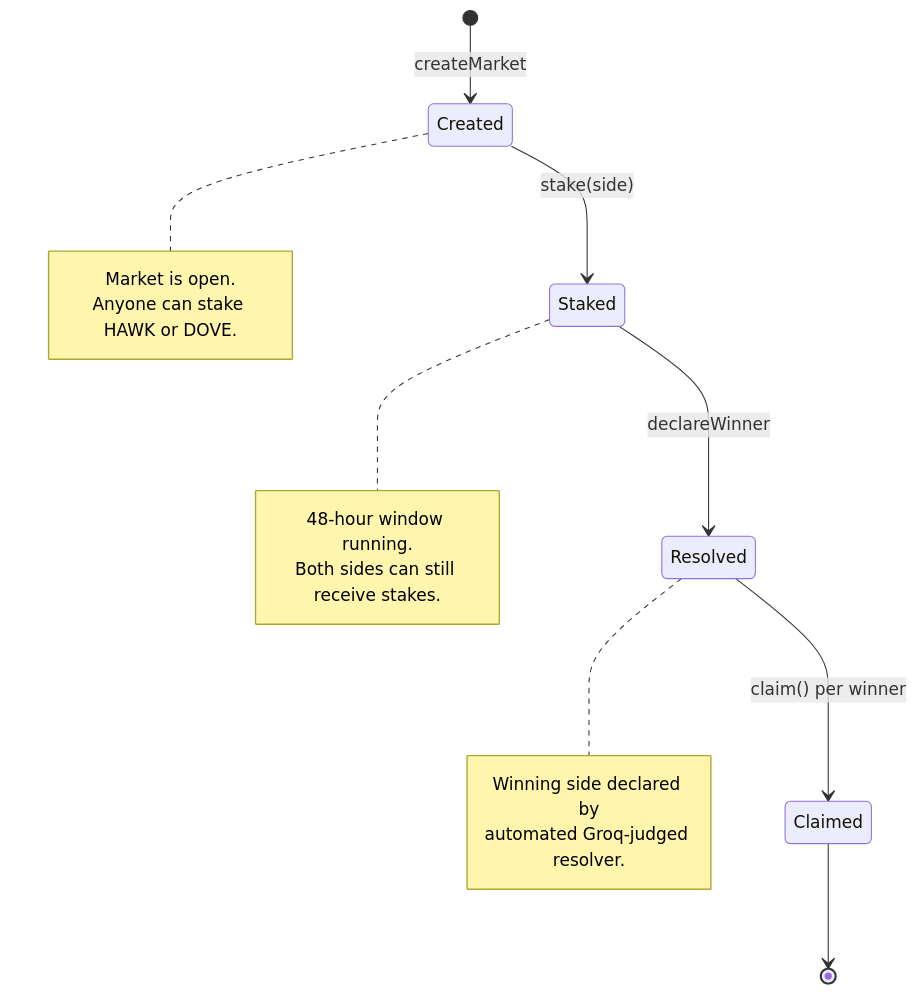
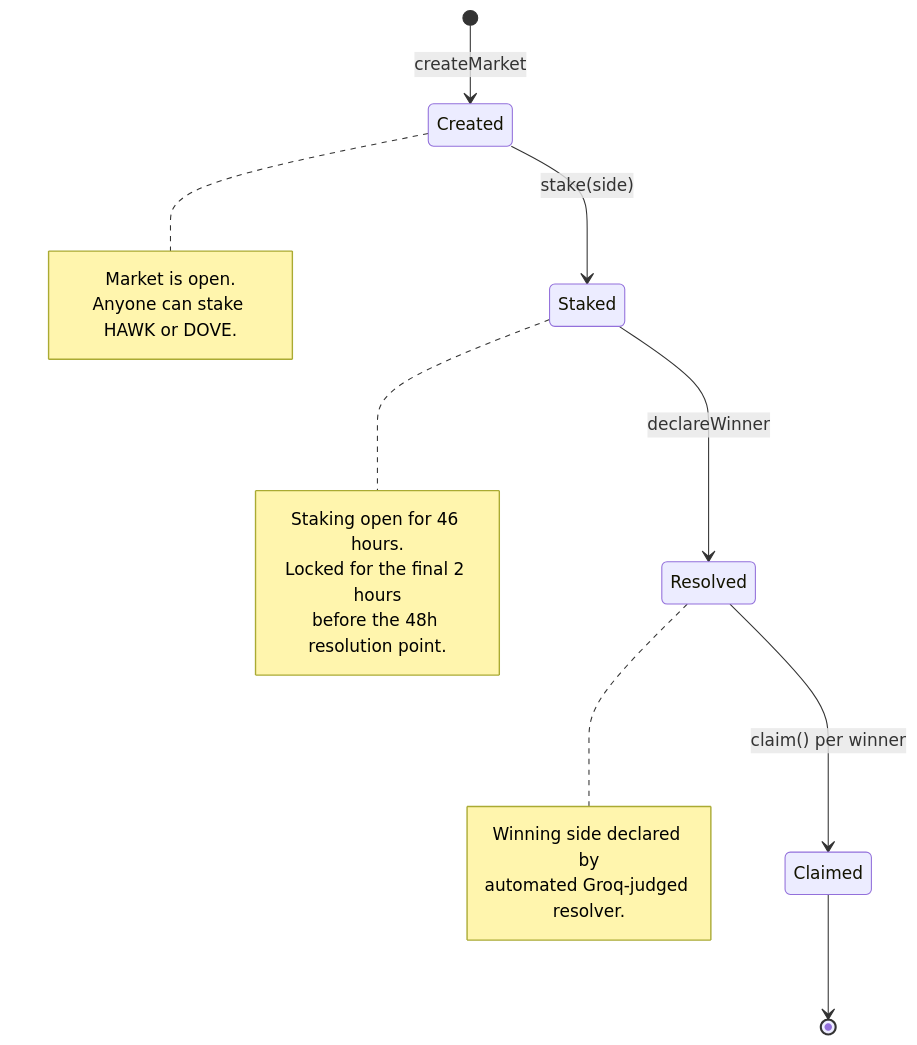
One commit to blocknine0/geomacro changed the third of 4 diagrams in README.md. Above: the diagram before and after it, drawn with Mermaid. The commit also changed other lines of this file, not shown here.

````diff
--- a/README.md
+++ b/README.md
@@ -120,21 +121,22 @@
 ```mermaid
 stateDiagram-v2
     [*] --> Created: createMarket
     Created --> Staked: stake(side)
     Staked --> Resolved: declareWinner
     Resolved --> Claimed: claim() per winner
     Claimed --> [*]
 
     note right of Created
       Market is open.
       Anyone can stake HAWK or DOVE.
     end note
     note right of Staked
-      48-hour window running.
-      Both sides can still receive stakes.
+      Staking open for 46 hours.
+      Locked for the final 2 hours
+      before the 48h resolution point.
     end note
     note right of Resolved
       Winning side declared by
       automated Groq-judged resolver.
     end note
 ```
````
